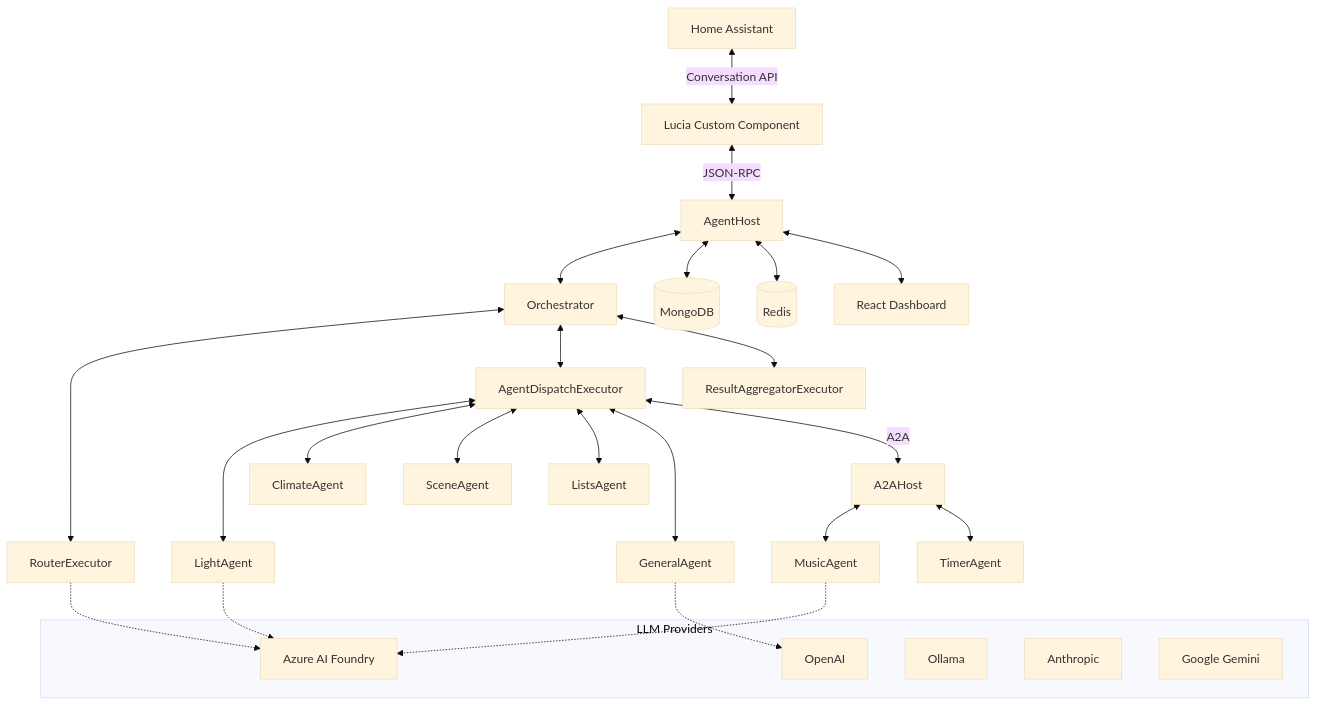
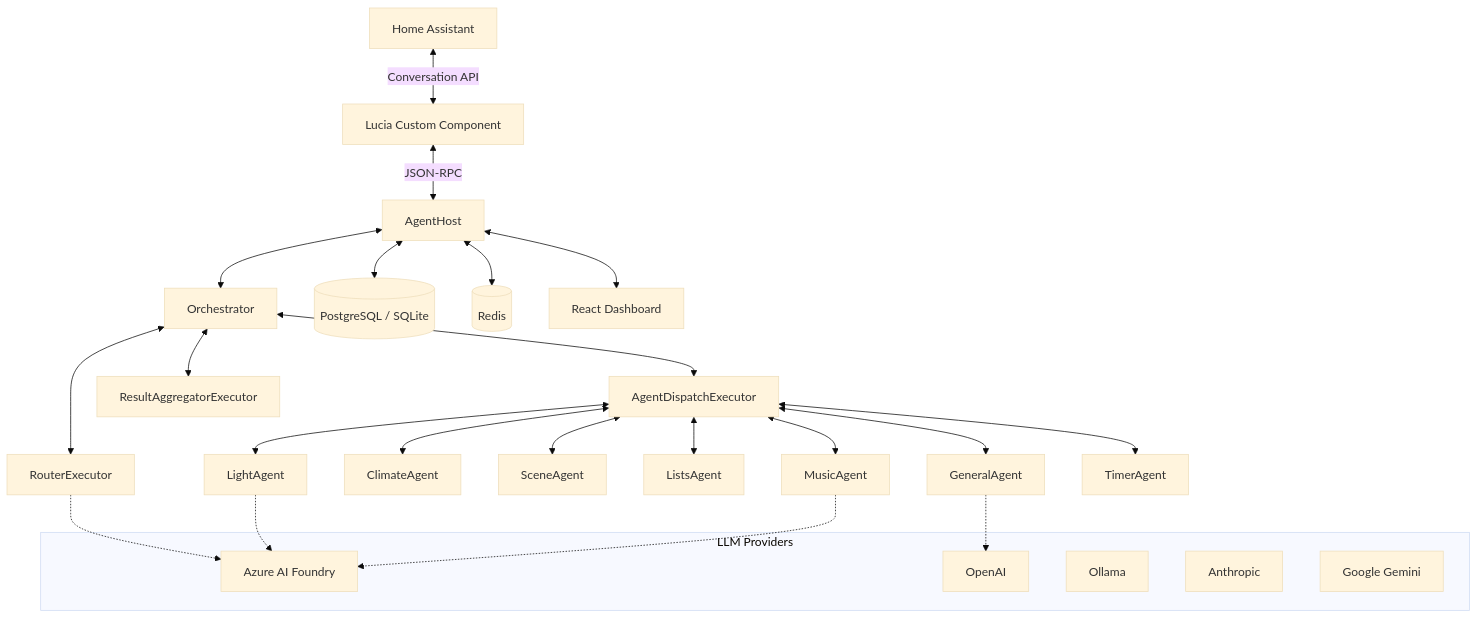
One commit to seiggy/lucia-dotnet changed the diagram in README.md. Above: the diagram before and after it, drawn with Mermaid (base theme). The commit also changed other lines of this file and 344 other files, not shown here.

````diff
--- a/README.md
+++ b/README.md
@@ -406,37 +422,35 @@
 ```mermaid
 graph TB
     HA[Home Assistant] <-->|Conversation API| HP[Lucia Custom Component]
     HP <-->|JSON-RPC| AH[AgentHost]
 
     AH <--> O[Orchestrator]
     O <--> Router[RouterExecutor]
     O <--> Dispatch[AgentDispatchExecutor]
     O <--> Agg[ResultAggregatorExecutor]
 
     Dispatch <--> LA[LightAgent]
     Dispatch <--> CA[ClimateAgent]
     Dispatch <--> SA[SceneAgent]
     Dispatch <--> LiA[ListsAgent]
     Dispatch <--> GA[GeneralAgent]
-    Dispatch <-->|A2A| A2A[A2AHost]
+    Dispatch <--> MA[MusicAgent]
+    Dispatch <--> TA[TimerAgent]
 
-    A2A <--> MA[MusicAgent]
-    A2A <--> TA[TimerAgent]
-
-    AH <--> DB[(MongoDB)]
+    AH <--> DB[(PostgreSQL / SQLite)]
     AH <--> Cache[(Redis)]
     AH <--> Dashboard[React Dashboard]
 
     subgraph "LLM Providers"
         Azure[Azure AI Foundry]
         OAI[OpenAI]
         Ollama[Ollama]
         Anthropic[Anthropic]
         Gemini[Google Gemini]
     end
 
     Router -.-> Azure
     LA -.-> Azure
     GA -.-> OAI
     MA -.-> Azure
 ```
````
